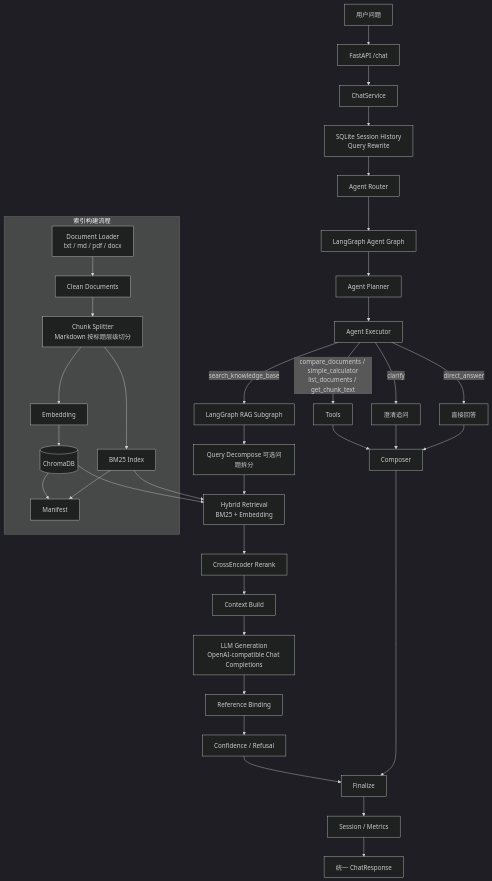
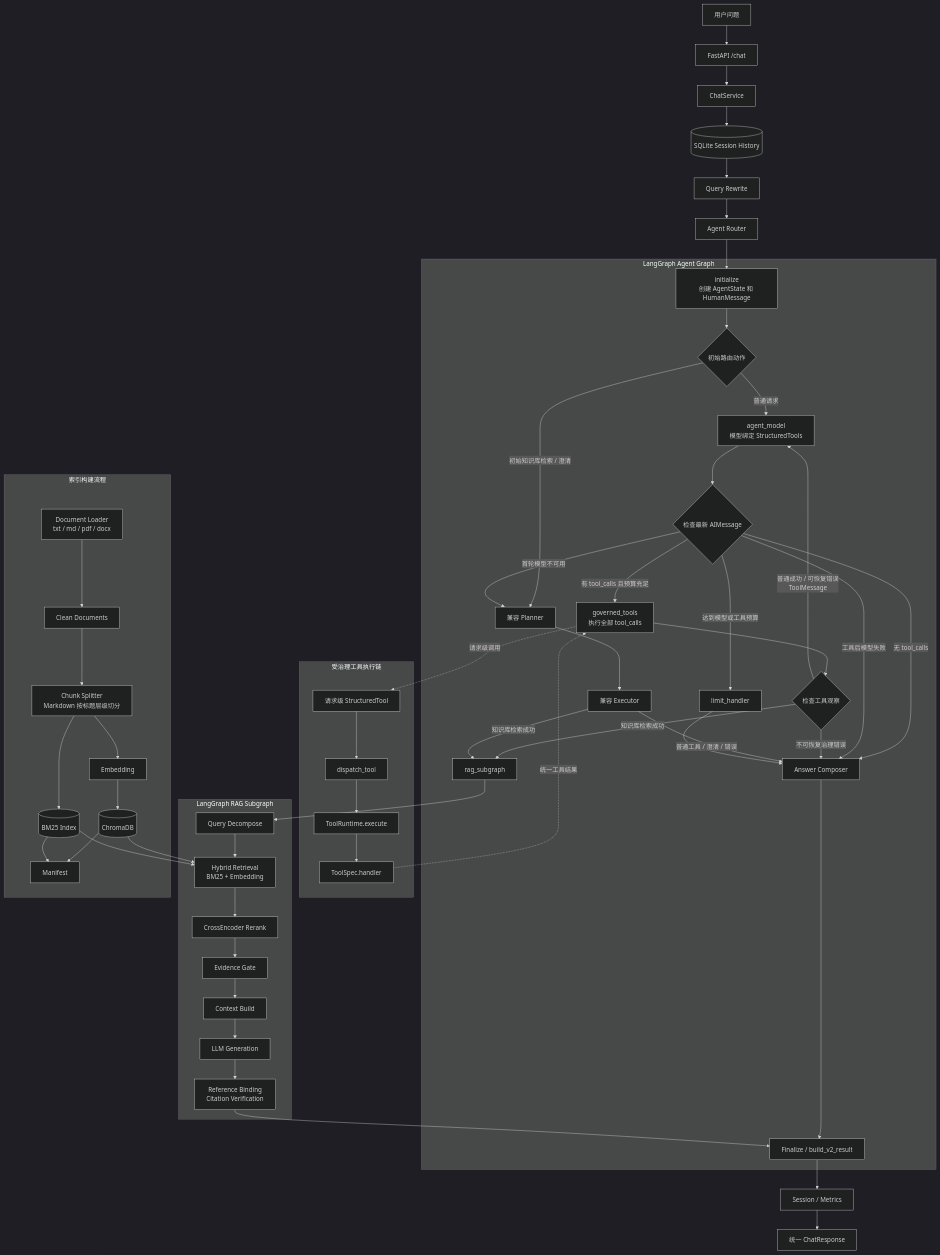
One commit to LiBoEN123/rag-agent-qa-system changed the diagram in README.md. Above: the diagram before and after it, drawn with Mermaid (dark theme). The commit also changed other lines of this file and 15 other files, not shown here.

Commit message:
保留现有 RAG、ToolRegistry、ToolRuntime、FastAPI API、SQLite Checkpointer、审计系统和响应协议的前提下，把当前固定的单向 Agent 工作流升级为最小可用的迭代式 Agent Loop

````diff
--- a/README.md
+++ b/README.md
@@ -24,42 +24,104 @@
 ```mermaid
 flowchart TD
-    U[用户问题] --> API[FastAPI /chat]
+    User[用户问题] --> API[FastAPI /chat]
     API --> Service[ChatService]
-    Service --> QR[SQLite Session History<br/>Query Rewrite]
-    QR --> Router[Agent Router]
-    Router --> Graph[LangGraph Agent Graph]
-    Graph --> Planner[Agent Planner]
-    Planner --> Executor[Agent Executor]
-    Executor -->|search_knowledge_base| RAG[LangGraph RAG Subgraph]
-    Executor -->|compare_documents / simple_calculator<br/>list_documents / get_chunk_text| Tools[Tools]
-    Executor -->|clarify| Clarify[澄清追问]
-    Executor -->|direct_answer| Direct[直接回答]
+    Service --> History[(SQLite Session History)]
+    History --> Rewrite[Query Rewrite]
+    Rewrite --> Router[Agent Router]
+    Router --> Initialize
 
-    RAG --> QD[Query Decompose 可选问题拆分]
-    QD --> HR[Hybrid Retrieval<br/>BM25 + Embedding]
-    HR --> RR[CrossEncoder Rerank]
-    RR --> CB[Context Build]
-    CB --> LLM[LLM Generation<br/>OpenAI-compatible Chat Completions]
-    LLM --> RB[Reference Binding]
-    RB --> Guard[Confidence / Refusal]
-    Guard --> Finalize[Finalize]
+    subgraph AgentGraph[LangGraph Agent Graph]
+        Initialize[initialize<br/>创建 AgentState 和 HumanMessage]
+        InitialAction{初始路由动作}
+        AgentModel[agent_model<br/>模型绑定 StructuredTools]
+        ModelResult{检查最新 AIMessage}
+        GovernedTools[governed_tools<br/>执行全部 tool_calls]
+        ToolResult{检查工具观察}
+        Planner[兼容 Planner]
+        Executor[兼容 Executor]
+        RAGEntry[rag_subgraph]
+        Limit[limit_handler]
+        Composer[Answer Composer]
+        Finalize[Finalize / build_v2_result]
+
+        Initialize --> InitialAction
+        InitialAction -->|普通请求| AgentModel
+        InitialAction -->|初始知识库检索 / 澄清| Planner
+
+        AgentModel --> ModelResult
+        ModelResult -->|有 tool_calls 且预算充足| GovernedTools
+        ModelResult -->|无 tool_calls| Composer
+        ModelResult -->|达到模型或工具预算| Limit
+        ModelResult -->|首轮模型不可用| Planner
+        ModelResult -->|工具后模型失败| Composer
+
+        GovernedTools --> ToolResult
+        ToolResult -->|普通成功 / 可恢复错误<br/>ToolMessage| AgentModel
+        ToolResult -->|知识库检索成功| RAGEntry
+        ToolResult -->|不可恢复治理错误| Composer
+
+        Planner --> Executor
+        Executor -->|知识库检索成功| RAGEntry
+        Executor -->|普通工具 / 澄清 / 错误| Composer
+
+        Limit --> Composer
+        Composer --> Finalize
+    end
+
+    subgraph ToolRuntime[受治理工具执行链]
+        StructuredTool[请求级 StructuredTool]
+        Dispatch[dispatch_tool]
+        Runtime[ToolRuntime.execute]
+        Handler[ToolSpec.handler]
+
+        StructuredTool --> Dispatch
+        Dispatch --> Runtime
+        Runtime --> Handler
+    end
+
+    GovernedTools -. 请求级调用 .-> StructuredTool
+    Handler -. 统一工具结果 .-> GovernedTools
+
+    subgraph RAGGraph[LangGraph RAG Subgraph]
+        Decompose[Query Decompose]
+        Retrieval[Hybrid Retrieval<br/>BM25 + Embedding]
+        Rerank[CrossEncoder Rerank]
+        Evidence[Evidence Gate]
+        Context[Context Build]
+        Generation[LLM Generation]
+        Citations[Reference Binding<br/>Citation Verification]
+
+        Decompose --> Retrieval
+        Retrieval --> Rerank
+        Rerank --> Evidence
+        Evidence --> Context
+        Context --> Generation
+        Generation --> Citations
+    end
+
+    RAGEntry --> Decompose
+    Citations --> Finalize
 
     subgraph Indexing[索引构建流程]
-        DL[Document Loader<br/>txt / md / pdf / docx] --> CL[Clean Documents]
-        CL --> CS[Chunk Splitter<br/>Markdown 按标题层级切分]
-        CS --> EMB[Embedding]
-        EMB --> Chroma[(ChromaDB)]
-        CS --> BM25[BM25 Index]
-        Chroma --> Manifest[Manifest]
+        Loader[Document Loader<br/>txt / md / pdf / docx]
+        Clean[Clean Documents]
+        Splitter[Chunk Splitter<br/>Markdown 按标题层级切分]
+        Embedding[Embedding]
+        Chroma[(ChromaDB)]
+        BM25[(BM25 Index)]
+        Manifest[Manifest]
+
+        Loader --> Clean
+        Clean --> Splitter
+        Splitter --> Embedding
+        Embedding --> Chroma
+        Splitter --> BM25
+        Chroma --> Manifest
         BM25 --> Manifest
     end
 
-    Chroma --> HR
-    BM25 --> HR
-    Tools --> Composer
-    Clarify --> Composer
-    Direct --> Composer
-    Composer --> Finalize
+    Chroma --> Retrieval
+    BM25 --> Retrieval
     Finalize --> Store[Session / Metrics]
-    Store --> Resp[统一 ChatResponse]
+    Store --> Response[统一 ChatResponse]
 ```
````
